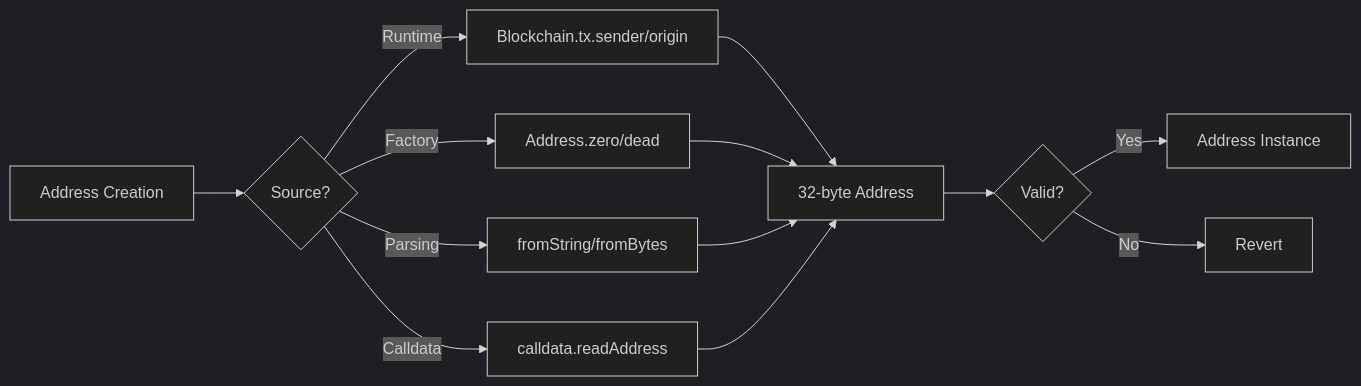
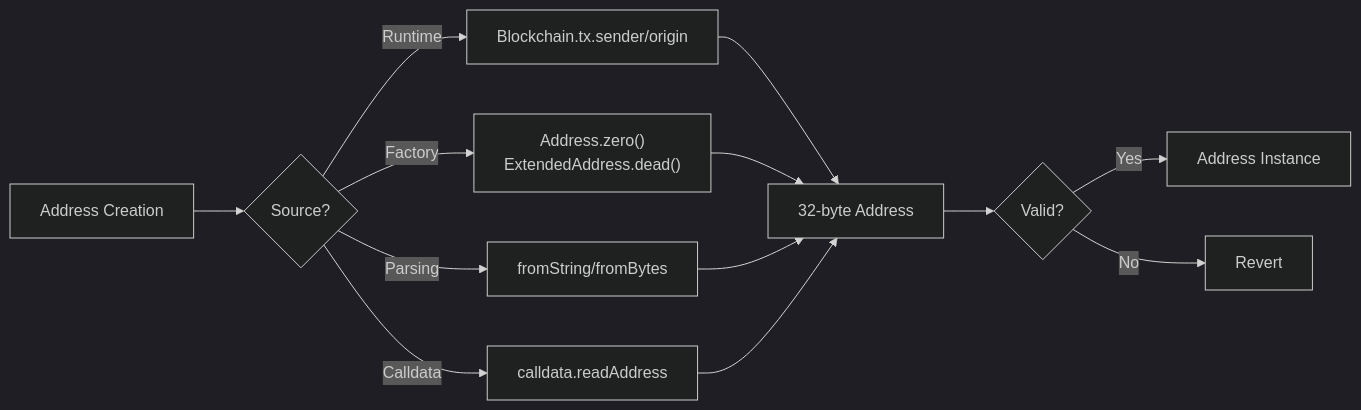
The second of 5 diagrams in docs/types/address.md (btc-vision/btc-runtime), drawn with Mermaid before and after one commit. The commit also changed other lines of this file and 30 other files, not shown here.

````diff
--- a/docs/types/address.md
+++ b/docs/types/address.md
@@ -65,19 +71,19 @@
 ```mermaid
 ---
 config:
   theme: dark
 ---
 flowchart LR
     A["Address Creation"] --> B{"Source?"}
     B -->|"Runtime"| C["Blockchain.tx.sender/origin"]
-    B -->|"Factory"| D["Address.zero/dead"]
+    B -->|"Factory"| D["Address.zero()<br/>ExtendedAddress.dead()"]
     B -->|"Parsing"| E["fromString/fromBytes"]
     B -->|"Calldata"| F["calldata.readAddress"]
     C --> G["32-byte Address"]
     D --> G
     E --> G
     F --> G
     G --> H{"Valid?"}
     H -->|"Yes"| I["Address Instance"]
     H -->|"No"| J["Revert"]
 ```
````
